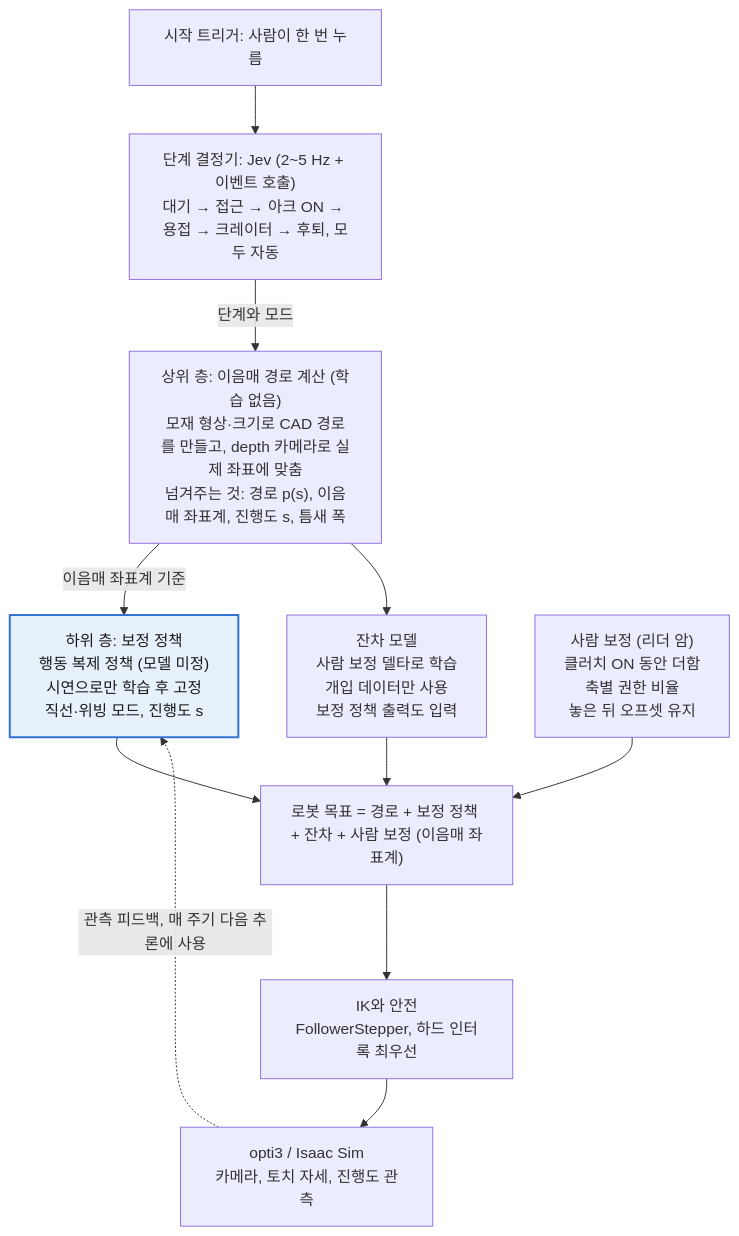
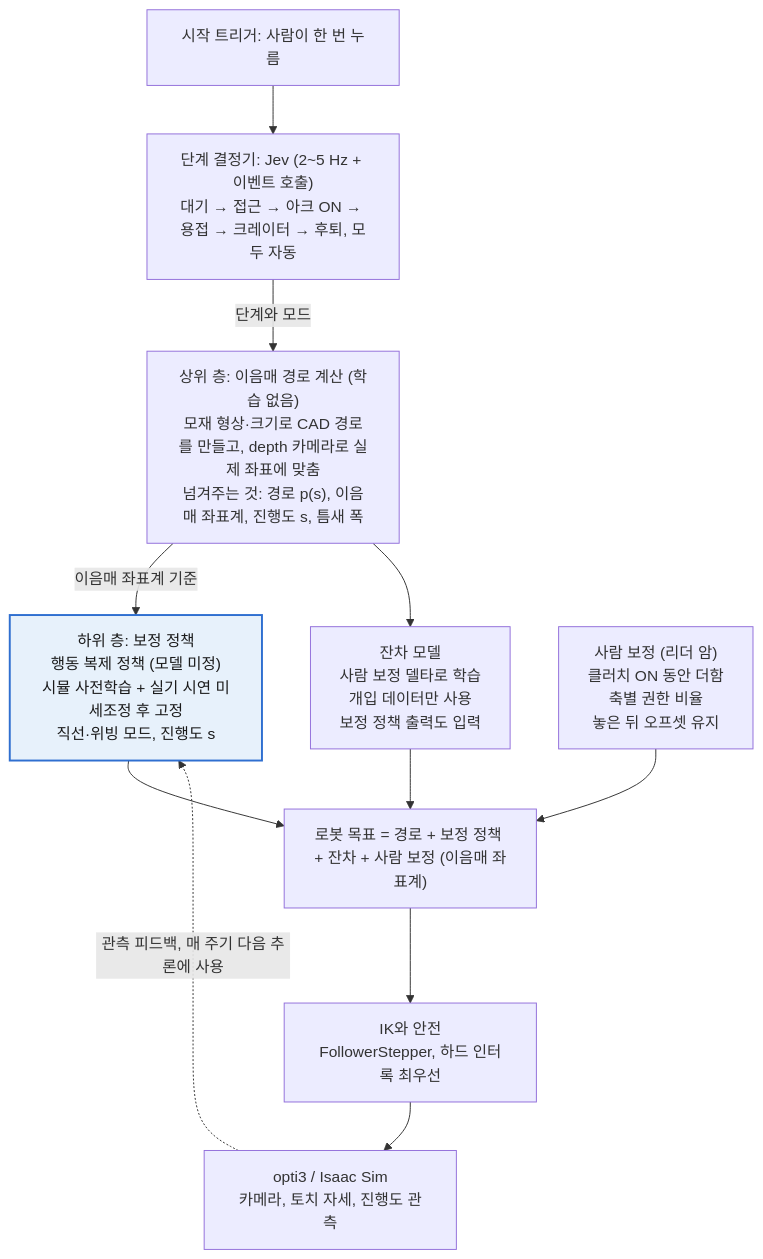
One commit to seongbean/Welding-Robot changed the diagram in README.md. Above: the diagram before and after it, drawn with Mermaid. The commit also changed other lines of this file and 1 other file, not shown here.

First line of the commit message:
문서: 보정 정책을 시뮬 사전학습 + 실기 시연 미세조정으로 학습

````diff
--- a/README.md
+++ b/README.md
@@ -11,16 +11,16 @@
 ```mermaid
 flowchart TD
     trigger["시작 트리거: 사람이 한 번 누름"] --> phase["단계 결정기: Jev (2~5 Hz + 이벤트 호출)<br/>대기 → 접근 → 아크 ON → 용접 → 크레이터 → 후퇴, 모두 자동"]
     phase -->|단계와 모드| upper["상위 층: 이음매 경로 계산 (학습 없음)<br/>모재 형상·크기로 CAD 경로를 만들고, depth 카메라로 실제 좌표에 맞춤<br/>넘겨주는 것: 경로 p(s), 이음매 좌표계, 진행도 s, 틈새 폭"]
-    upper -->|이음매 좌표계 기준| base["하위 층: 보정 정책<br/>행동 복제 정책 (모델 미정)<br/>시연으로만 학습 후 고정<br/>직선·위빙 모드, 진행도 s"]
+    upper -->|이음매 좌표계 기준| base["하위 층: 보정 정책<br/>행동 복제 정책 (모델 미정)<br/>시뮬 사전학습 + 실기 시연 미세조정 후 고정<br/>직선·위빙 모드, 진행도 s"]
     upper --> residual["잔차 모델<br/>사람 보정 델타로 학습<br/>개입 데이터만 사용<br/>보정 정책 출력도 입력"]
     human["사람 보정 (리더 암)<br/>클러치 ON 동안 더함<br/>축별 권한 비율<br/>놓은 뒤 오프셋 유지"]
     base --> sum["로봇 목표 = 경로 + 보정 정책 + 잔차 + 사람 보정 (이음매 좌표계)"]
     residual --> sum
     human --> sum
     sum --> ik["IK와 안전<br/>FollowerStepper, 하드 인터록 최우선"]
     ik --> robot["opti3 / Isaac Sim<br/>카메라, 토치 자세, 진행도 관측"]
     robot -. 관측 피드백, 매 주기 다음 추론에 사용 .-> base
     classDef learned fill:#e7f1fb,stroke:#2f6fd0,stroke-width:2px,color:#1a1a1a
     class base learned
 ```
````
